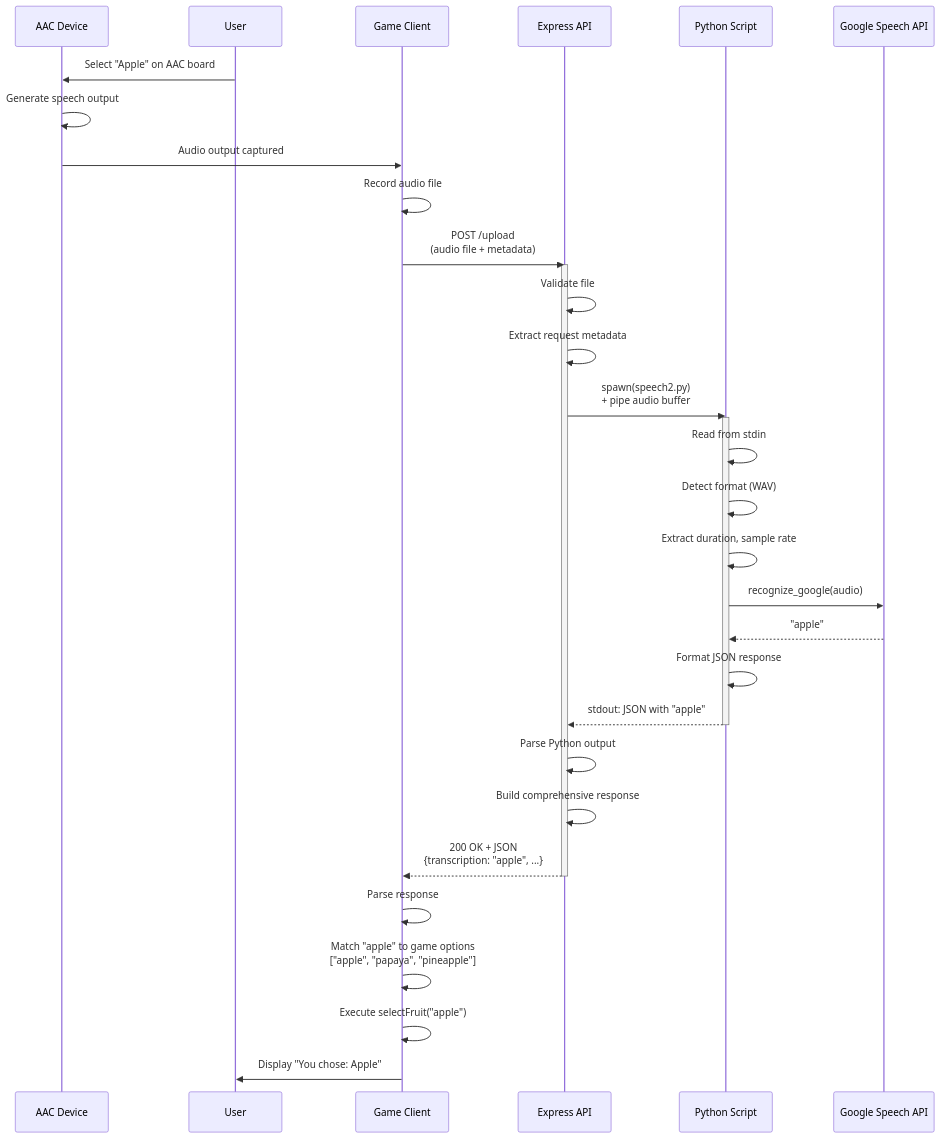
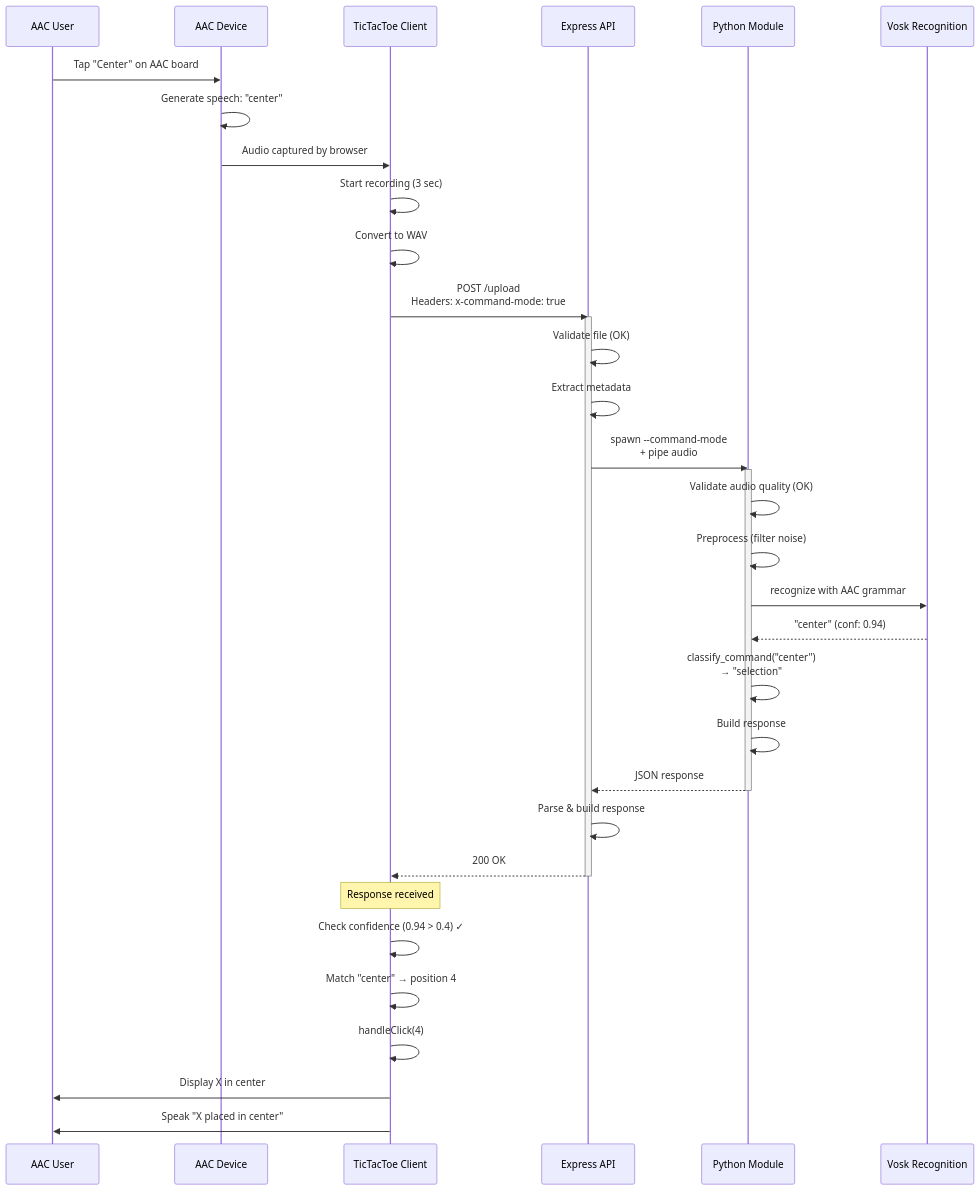
Before and after one commit to Capstone-Projects-2025-Fall/project-002-aac-api: the third of 7 diagrams in documentation/docs/system-architecture/design.md, drawn with Mermaid. The commit also changed other lines of this file, not shown here.

First line of the commit message:
updated design architecture

````diff
--- a/documentation/docs/system-architecture/design.md
+++ b/documentation/docs/system-architecture/design.md
@@ -281,41 +455,43 @@
 ```mermaid
 sequenceDiagram
+    participant User as AAC User
     participant AAC as AAC Device
-    participant User as User
-    participant Game as Game Client
+    participant Game as TicTacToe Client
     participant API as Express API
-    participant Python as Python Script
-    participant Speech as Google Speech API
+    participant Python as Python Module
+    participant Vosk as Vosk Recognition
     
-    User->>AAC: Select "Apple" on AAC board
-    AAC->>AAC: Generate speech output
-    AAC->>Game: Audio output captured
+    User->>AAC: Tap "Center" on AAC board
+    AAC->>AAC: Generate speech: "center"
+    AAC->>Game: Audio captured by browser
     
-    Game->>Game: Record audio file
-    Game->>API: POST /upload<br/>(audio file + metadata)
+    Game->>Game: Start recording (3 sec)
+    Game->>Game: Convert to WAV
+    Game->>API: POST /upload<br/>Headers: x-command-mode: true
     
     activate API
-    API->>API: Validate file
-    API->>API: Extract request metadata
-    API->>Python: spawn(speech2.py)<br/>+ pipe audio buffer
+    API->>API: Validate file (OK)
+    API->>API: Extract metadata
+    API->>Python: spawn --command-mode<br/>+ pipe audio
     
     activate Python
-    Python->>Python: Read from stdin
-    Python->>Python: Detect format (WAV)
-    Python->>Python: Extract duration, sample rate
-    Python->>Speech: recognize_google(audio)
-    Speech-->>Python: "apple"
-    Python->>Python: Format JSON response
-    Python-->>API: stdout: JSON with "apple"
+    Python->>Python: Validate audio quality (OK)
+    Python->>Python: Preprocess (filter noise)
+    Python->>Vosk: recognize with AAC grammar
+    Vosk-->>Python: "center" (conf: 0.94)
+    Python->>Python: classify_command("center")<br/>→ "selection"
+    Python->>Python: Build response
+    Python-->>API: JSON response
     deactivate Python
     
-    API->>API: Parse Python output
-    API->>API: Build comprehensive response
-    API-->>Game: 200 OK + JSON<br/>{transcription: "apple", ...}
+    API->>API: Parse & build response
+    API-->>Game: 200 OK
     deactivate API
     
-    Game->>Game: Parse response
-    Game->>Game: Match "apple" to game options<br/>["apple", "papaya", "pineapple"]
-    Game->>Game: Execute selectFruit("apple")
-    Game->>User: Display "You chose: Apple"
+    Note over Game: Response received
+    Game->>Game: Check confidence (0.94 > 0.4) ✓
+    Game->>Game: Match "center" → position 4
+    Game->>Game: handleClick(4)
+    Game->>User: Display X in center
+    Game->>User: Speak "X placed in center"
 ```
````
